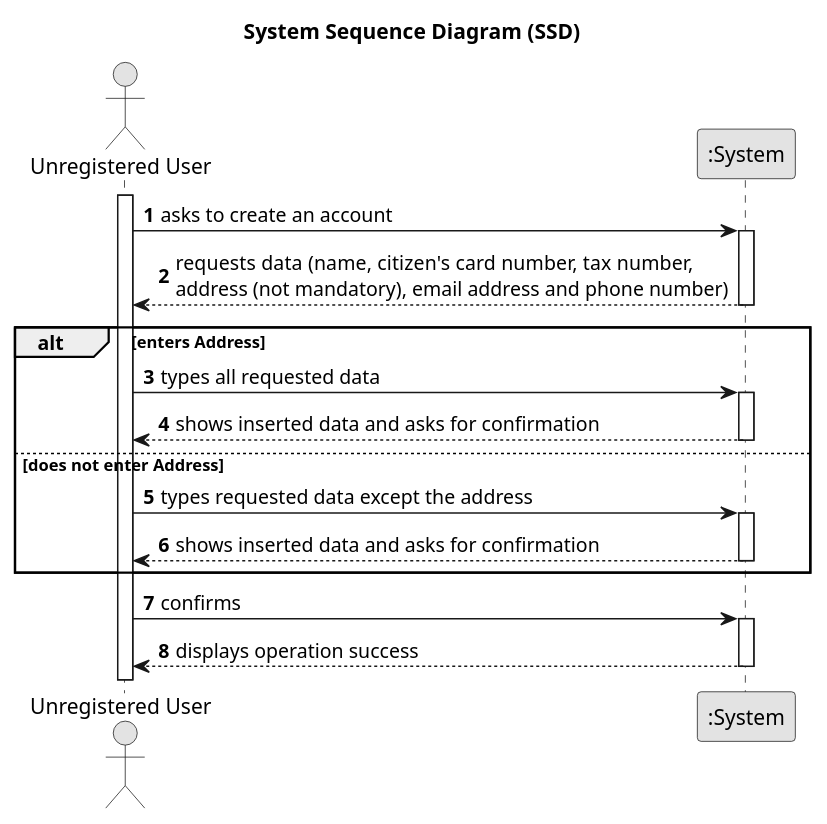
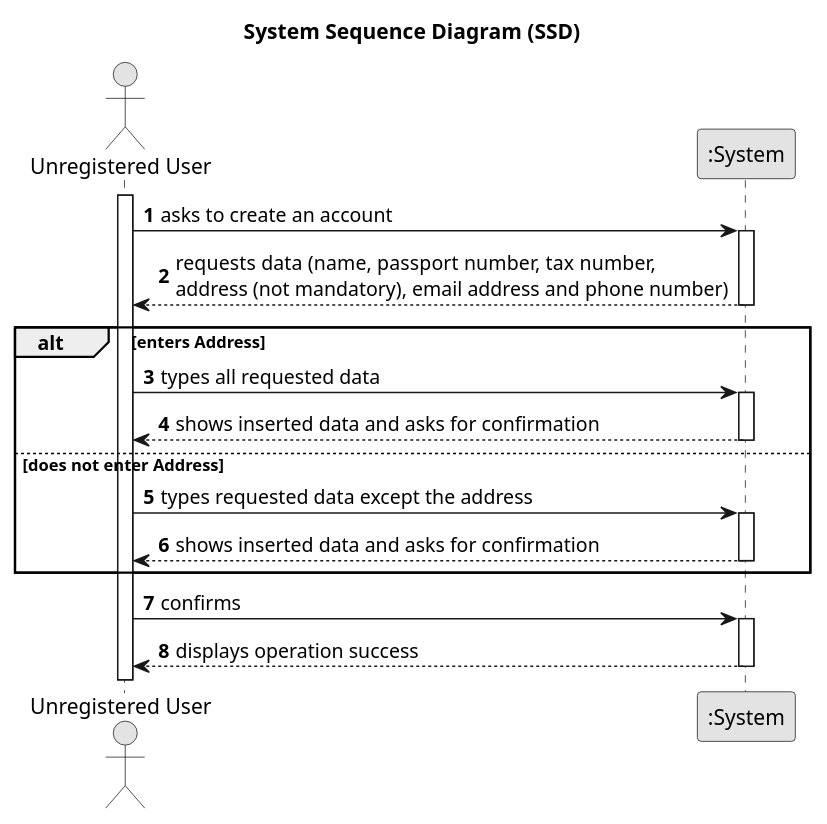
Before and after one commit to PureNimble/ISEP-LAPR2: the diagram in docs/sprintB/US07/01.requirements-engineering/puml/us07-system-sequence-diagram.puml, drawn with PlantUML. The commit also changed 2 other files, not shown here.

```diff
--- a/docs/sprintB/US07/01.requirements-engineering/puml/us07-system-sequence-diagram.puml
+++ b/docs/sprintB/US07/01.requirements-engineering/puml/us07-system-sequence-diagram.puml
@@ -1,45 +1,45 @@
 @startuml
 skinparam monochrome true
 skinparam packageStyle rectangle
 skinparam shadowing false
 
 title System Sequence Diagram (SSD)
 
 autonumber
 
 actor "Unregistered User" as unregUser
 participant ":System" as System
 
 activate unregUser
 
     unregUser -> System : asks to create an account
     activate System
 
-        System --> unregUser : requests data (name, citizen's card number, tax number, \naddress (not mandatory), email address and phone number)
+        System --> unregUser : requests data (name, passport number, tax number, \naddress (not mandatory), email address and phone number)
     deactivate System
 
     alt enters Address
 
     unregUser -> System : types all requested data
     activate System
 
         System --> unregUser : shows inserted data and asks for confirmation
     deactivate System
 
     else does not enter Address
 
     unregUser -> System : types requested data except the address
     activate System
     
         System --> unregUser : shows inserted data and asks for confirmation
     deactivate System
 
     end
 
     unregUser -> System : confirms
     activate System
 
         System --> unregUser : displays operation success
     deactivate System
 
 @enduml
```
